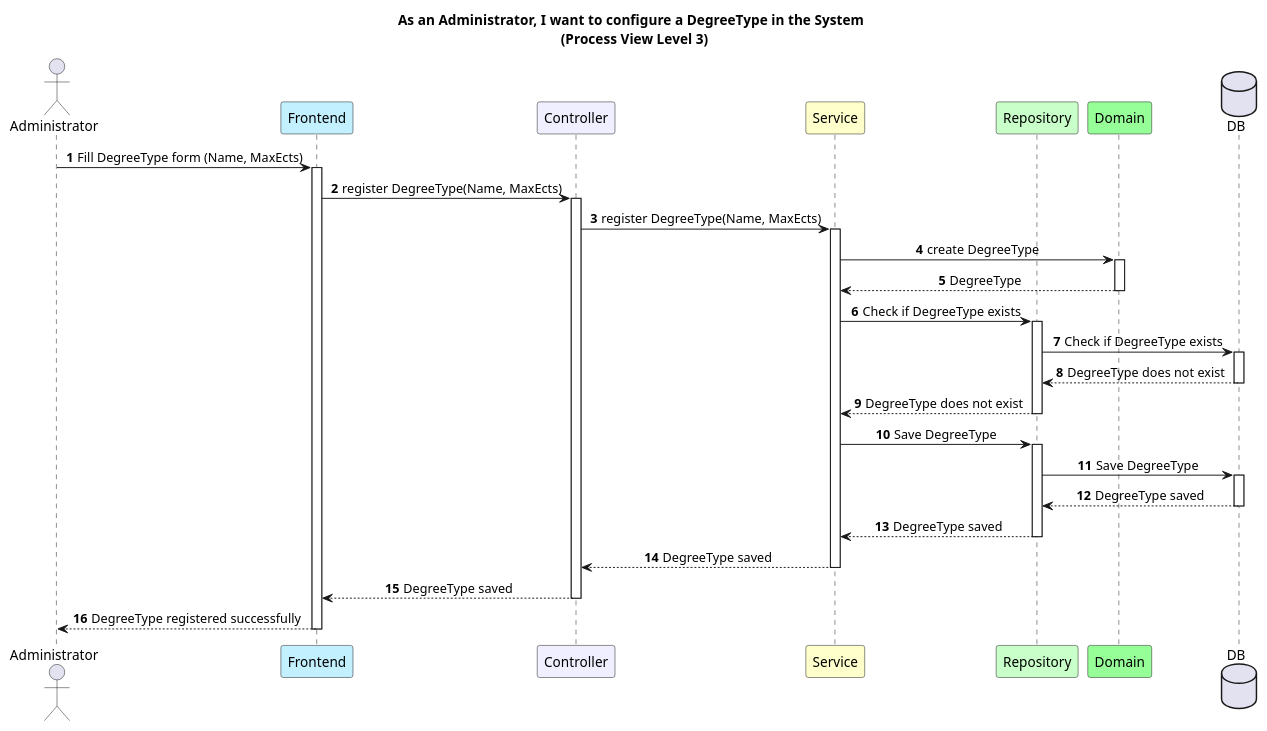
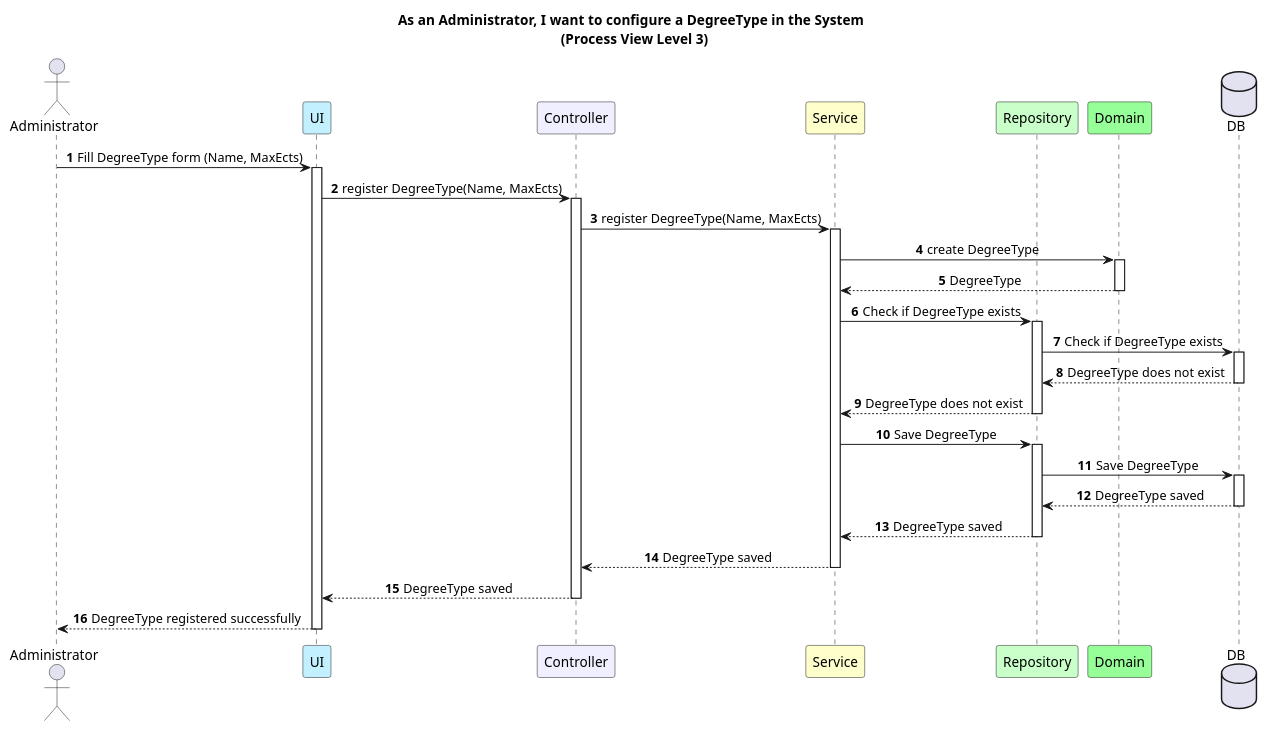
One commit to GasparISEP/DevOps-PAI changed the diagram in docs/US10/REST_API/ProcessView/Level3.puml. Above: the diagram before and after it, drawn with PlantUML.

Commit message:
Changed participant Frontend for UI in Level3 Diagram. #524

```diff
--- a/docs/US10/REST_API/ProcessView/Level3.puml
+++ b/docs/US10/REST_API/ProcessView/Level3.puml
@@ -1,62 +1,62 @@
 @startuml
 
 autonumber
 title As an Administrator, I want to configure a DegreeType in the System \n (Process View Level 3)
 
 skinparam sequenceMessageAlign center
 
 actor Administrator
-participant "Frontend" as FE #application
+participant "UI" as UI #application
 participant "Controller" as Controller #motivation
 participant "Service" as Service #business
 participant "Repository" as Repo #technology
 participant "Domain" as Domain #physical
 database DB
 
-Administrator -> FE : Fill DegreeType form (Name, MaxEcts)
-activate FE
-FE -> Controller : register DegreeType(Name, MaxEcts)
+Administrator -> UI : Fill DegreeType form (Name, MaxEcts)
+activate UI
+UI -> Controller : register DegreeType(Name, MaxEcts)
 activate Controller
 
 Controller -> Service : register DegreeType(Name, MaxEcts)
 activate Service
 
 Service -> Domain : create DegreeType
 activate Domain
 Domain --> Service : DegreeType
 deactivate Domain
 
 Service -> Repo : Check if DegreeType exists
 activate Repo
 
 Repo -> DB : Check if DegreeType exists
 activate DB
 
 DB --> Repo : DegreeType does not exist
 deactivate DB
 
 Repo --> Service : DegreeType does not exist
 deactivate Repo
 
 Service -> Repo : Save DegreeType
 activate Repo
 
 Repo -> DB : Save DegreeType
 activate DB
 
 DB --> Repo : DegreeType saved
 deactivate DB
 
 Repo --> Service : DegreeType saved
 deactivate Repo
 
 Service --> Controller : DegreeType saved
 deactivate Service
 
-Controller --> FE : DegreeType saved
+Controller --> UI : DegreeType saved
 deactivate Controller
 
-FE --> Administrator : DegreeType registered successfully
-deactivate FE
+UI --> Administrator : DegreeType registered successfully
+deactivate UI
 
 @enduml
```
